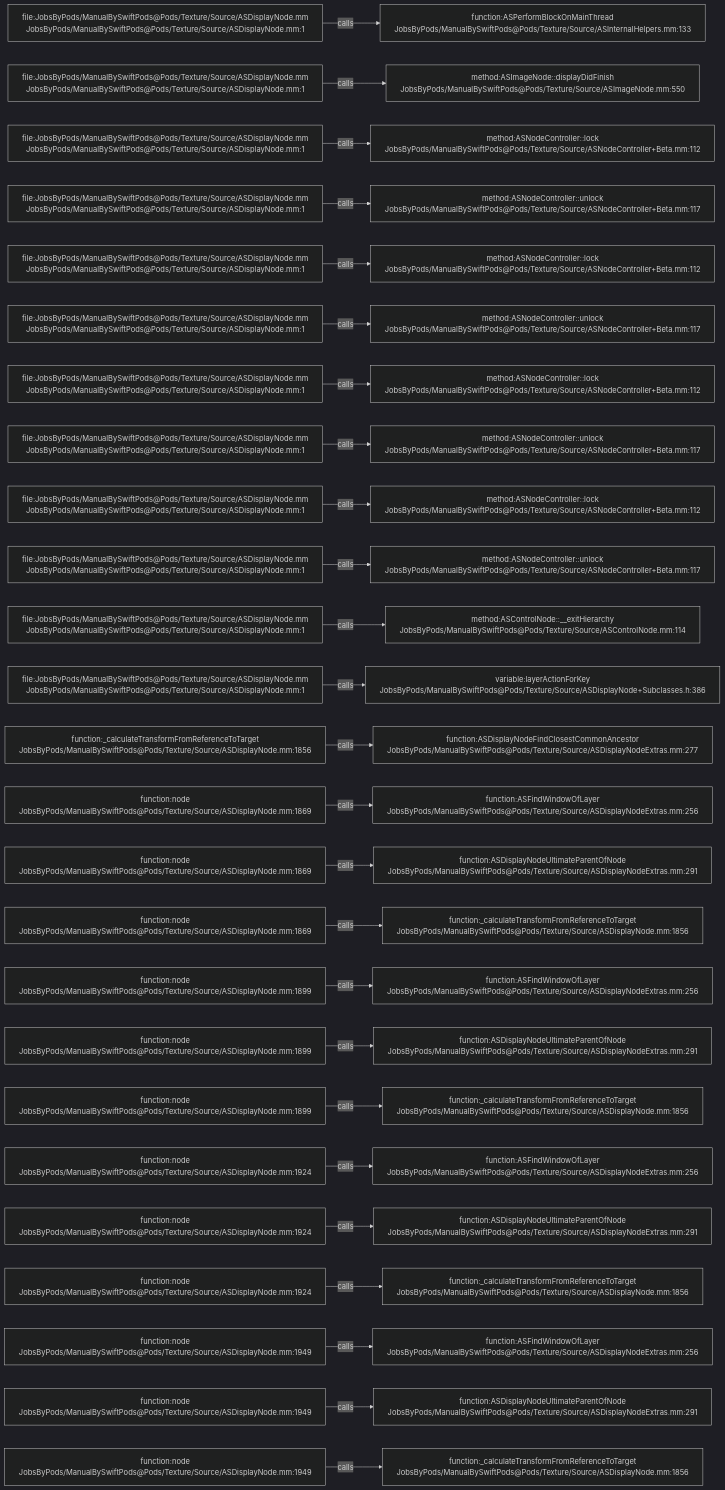
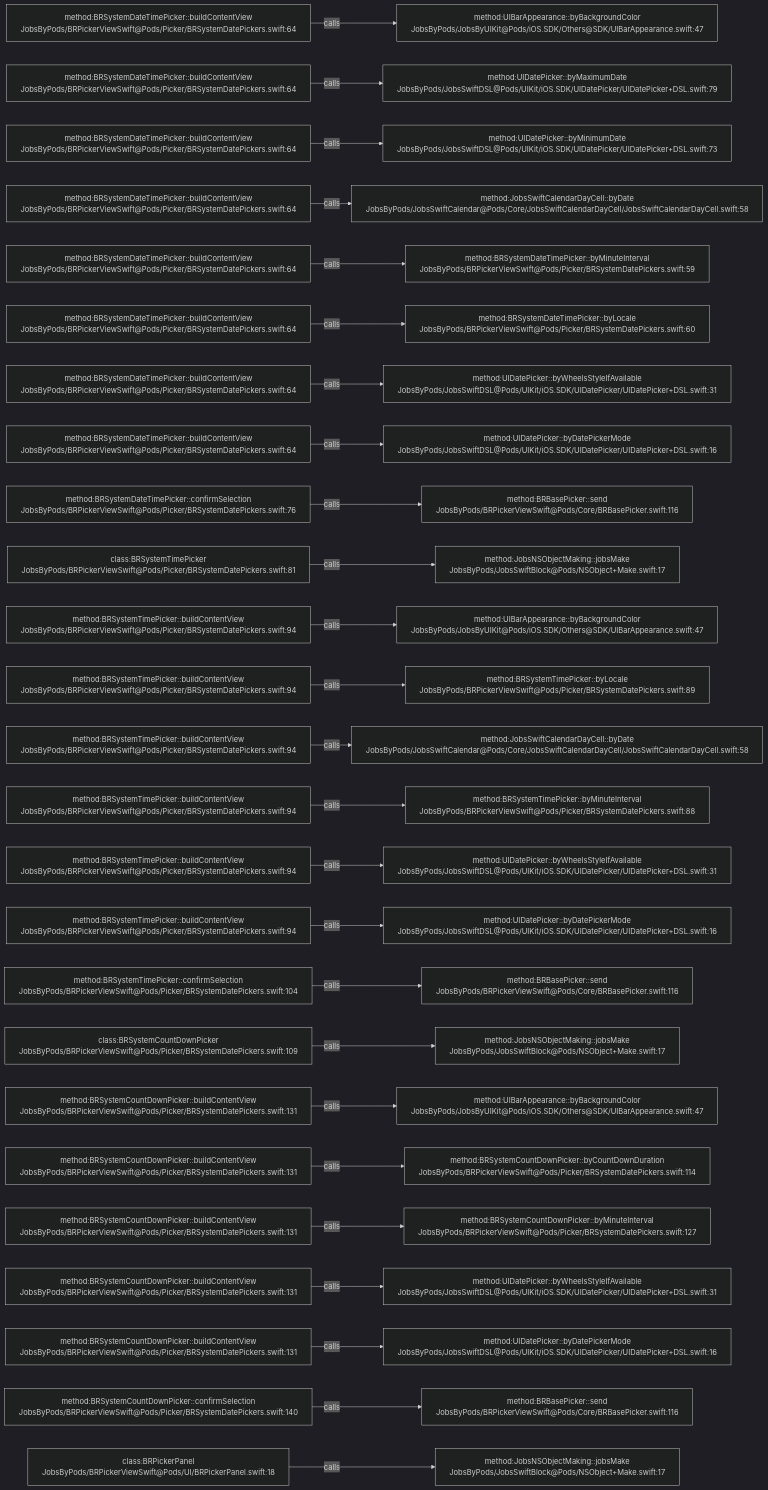
The diagram in .codegraph/codegraph.md/graphs/calls-031.md (JobsKits/JobsSwiftBaseConfigDemo), drawn with Mermaid (dark theme) before and after one commit. The commit also changed 224 other files, not shown here.

````diff
--- a/.codegraph/codegraph.md/graphs/calls-031.md
+++ b/.codegraph/codegraph.md/graphs/calls-031.md
@@ -13,78 +13,78 @@
 ```mermaid
 flowchart LR
-  S1["file:JobsByPods/ManualBySwiftPods@Pods/Texture/Source/ASDisplayNode.mm<br/>JobsByPods/ManualBySwiftPods@Pods/Texture/Source/ASDisplayNode.mm:1"]
-  T1["function:ASPerformBlockOnMainThread<br/>JobsByPods/ManualBySwiftPods@Pods/Texture/Source/ASInternalHelpers.mm:133"]
+  S1["method:BRSystemDateTimePicker::buildContentView<br/>JobsByPods/BRPickerViewSwift@Pods/Picker/BRSystemDatePickers.swift:64"]
+  T1["method:UIBarAppearance::byBackgroundColor<br/>JobsByPods/JobsByUIKit@Pods/iOS.SDK/Others@SDK/UIBarAppearance.swift:47"]
   S1 -->|calls| T1
-  S2["file:JobsByPods/ManualBySwiftPods@Pods/Texture/Source/ASDisplayNode.mm<br/>JobsByPods/ManualBySwiftPods@Pods/Texture/Source/ASDisplayNode.mm:1"]
-  T2["method:ASImageNode::displayDidFinish<br/>JobsByPods/ManualBySwiftPods@Pods/Texture/Source/ASImageNode.mm:550"]
+  S2["method:BRSystemDateTimePicker::buildContentView<br/>JobsByPods/BRPickerViewSwift@Pods/Picker/BRSystemDatePickers.swift:64"]
+  T2["method:UIDatePicker::byMaximumDate<br/>JobsByPods/JobsSwiftDSL@Pods/UIKit/iOS.SDK/UIDatePicker/UIDatePicker+DSL.swift:79"]
   S2 -->|calls| T2
-  S3["file:JobsByPods/ManualBySwiftPods@Pods/Texture/Source/ASDisplayNode.mm<br/>JobsByPods/ManualBySwiftPods@Pods/Texture/Source/ASDisplayNode.mm:1"]
-  T3["method:ASNodeController::lock<br/>JobsByPods/ManualBySwiftPods@Pods/Texture/Source/ASNodeController+Beta.mm:112"]
+  S3["method:BRSystemDateTimePicker::buildContentView<br/>JobsByPods/BRPickerViewSwift@Pods/Picker/BRSystemDatePickers.swift:64"]
+  T3["method:UIDatePicker::byMinimumDate<br/>JobsByPods/JobsSwiftDSL@Pods/UIKit/iOS.SDK/UIDatePicker/UIDatePicker+DSL.swift:73"]
   S3 -->|calls| T3
-  S4["file:JobsByPods/ManualBySwiftPods@Pods/Texture/Source/ASDisplayNode.mm<br/>JobsByPods/ManualBySwiftPods@Pods/Texture/Source/ASDisplayNode.mm:1"]
-  T4["method:ASNodeController::unlock<br/>JobsByPods/ManualBySwiftPods@Pods/Texture/Source/ASNodeController+Beta.mm:117"]
+  S4["method:BRSystemDateTimePicker::buildContentView<br/>JobsByPods/BRPickerViewSwift@Pods/Picker/BRSystemDatePickers.swift:64"]
+  T4["method:JobsSwiftCalendarDayCell::byDate<br/>JobsByPods/JobsSwiftCalendar@Pods/Core/JobsSwiftCalendarDayCell/JobsSwiftCalendarDayCell.swift:58"]
   S4 -->|calls| T4
-  S5["file:JobsByPods/ManualBySwiftPods@Pods/Texture/Source/ASDisplayNode.mm<br/>JobsByPods/ManualBySwiftPods@Pods/Texture/Source/ASDisplayNode.mm:1"]
-  T5["method:ASNodeController::lock<br/>JobsByPods/ManualBySwiftPods@Pods/Texture/Source/ASNodeController+Beta.mm:112"]
+  S5["method:BRSystemDateTimePicker::buildContentView<br/>JobsByPods/BRPickerViewSwift@Pods/Picker/BRSystemDatePickers.swift:64"]
+  T5["method:BRSystemDateTimePicker::byMinuteInterval<br/>JobsByPods/BRPickerViewSwift@Pods/Picker/BRSystemDatePickers.swift:59"]
   S5 -->|calls| T5
-  S6["file:JobsByPods/ManualBySwiftPods@Pods/Texture/Source/ASDisplayNode.mm<br/>JobsByPods/ManualBySwiftPods@Pods/Texture/Source/ASDisplayNode.mm:1"]
-  T6["method:ASNodeController::unlock<br/>JobsByPods/ManualBySwiftPods@Pods/Texture/Source/ASNodeController+Beta.mm:117"]
+  S6["method:BRSystemDateTimePicker::buildContentView<br/>JobsByPods/BRPickerViewSwift@Pods/Picker/BRSystemDatePickers.swift:64"]
+  T6["method:BRSystemDateTimePicker::byLocale<br/>JobsByPods/BRPickerViewSwift@Pods/Picker/BRSystemDatePickers.swift:60"]
   S6 -->|calls| T6
-  S7["file:JobsByPods/ManualBySwiftPods@Pods/Texture/Source/ASDisplayNode.mm<br/>JobsByPods/ManualBySwiftPods@Pods/Texture/Source/ASDisplayNode.mm:1"]
-  T7["method:ASNodeController::lock<br/>JobsByPods/ManualBySwiftPods@Pods/Texture/Source/ASNodeController+Beta.mm:112"]
+  S7["method:BRSystemDateTimePicker::buildContentView<br/>JobsByPods/BRPickerViewSwift@Pods/Picker/BRSystemDatePickers.swift:64"]
+  T7["method:UIDatePicker::byWheelsStyleIfAvailable<br/>JobsByPods/JobsSwiftDSL@Pods/UIKit/iOS.SDK/UIDatePicker/UIDatePicker+DSL.swift:31"]
   S7 -->|calls| T7
-  S8["file:JobsByPods/ManualBySwiftPods@Pods/Texture/Source/ASDisplayNode.mm<br/>JobsByPods/ManualBySwiftPods@Pods/Texture/Source/ASDisplayNode.mm:1"]
-  T8["method:ASNodeController::unlock<br/>JobsByPods/ManualBySwiftPods@Pods/Texture/Source/ASNodeController+Beta.mm:117"]
+  S8["method:BRSystemDateTimePicker::buildContentView<br/>JobsByPods/BRPickerViewSwift@Pods/Picker/BRSystemDatePickers.swift:64"]
+  T8["method:UIDatePicker::byDatePickerMode<br/>JobsByPods/JobsSwiftDSL@Pods/UIKit/iOS.SDK/UIDatePicker/UIDatePicker+DSL.swift:16"]
   S8 -->|calls| T8
-  S9["file:JobsByPods/ManualBySwiftPods@Pods/Texture/Source/ASDisplayNode.mm<br/>JobsByPods/ManualBySwiftPods@Pods/Texture/Source/ASDisplayNode.mm:1"]
-  T9["method:ASNodeController::lock<br/>JobsByPods/ManualBySwiftPods@Pods/Texture/Source/ASNodeController+Beta.mm:112"]
+  S9["method:BRSystemDateTimePicker::confirmSelection<br/>JobsByPods/BRPickerViewSwift@Pods/Picker/BRSystemDatePickers.swift:76"]
+  T9["method:BRBasePicker::send<br/>JobsByPods/BRPickerViewSwift@Pods/Core/BRBasePicker.swift:116"]
   S9 -->|calls| T9
-  S10["file:JobsByPods/ManualBySwiftPods@Pods/Texture/Source/ASDisplayNode.mm<br/>JobsByPods/ManualBySwiftPods@Pods/Texture/Source/ASDisplayNode.mm:1"]
-  T10["method:ASNodeController::unlock<br/>JobsByPods/ManualBySwiftPods@Pods/Texture/Source/ASNodeController+Beta.mm:117"]
+  S10["class:BRSystemTimePicker<br/>JobsByPods/BRPickerViewSwift@Pods/Picker/BRSystemDatePickers.swift:81"]
+  T10["method:JobsNSObjectMaking::jobsMake<br/>JobsByPods/JobsSwiftBlock@Pods/NSObject+Make.swift:17"]
   S10 -->|calls| T10
-  S11["file:JobsByPods/ManualBySwiftPods@Pods/Texture/Source/ASDisplayNode.mm<br/>JobsByPods/ManualBySwiftPods@Pods/Texture/Source/ASDisplayNode.mm:1"]
-  T11["method:ASControlNode::__exitHierarchy<br/>JobsByPods/ManualBySwiftPods@Pods/Texture/Source/ASControlNode.mm:114"]
+  S11["method:BRSystemTimePicker::buildContentView<br/>JobsByPods/BRPickerViewSwift@Pods/Picker/BRSystemDatePickers.swift:94"]
+  T11["method:UIBarAppearance::byBackgroundColor<br/>JobsByPods/JobsByUIKit@Pods/iOS.SDK/Others@SDK/UIBarAppearance.swift:47"]
   S11 -->|calls| T11
-  S12["file:JobsByPods/ManualBySwiftPods@Pods/Texture/Source/ASDisplayNode.mm<br/>JobsByPods/ManualBySwiftPods@Pods/Texture/Source/ASDisplayNode.mm:1"]
-  T12["variable:layerActionForKey<br/>JobsByPods/ManualBySwiftPods@Pods/Texture/Source/ASDisplayNode+Subclasses.h:386"]
+  S12["method:BRSystemTimePicker::buildContentView<br/>JobsByPods/BRPickerViewSwift@Pods/Picker/BRSystemDatePickers.swift:94"]
+  T12["method:BRSystemTimePicker::byLocale<br/>JobsByPods/BRPickerViewSwift@Pods/Picker/BRSystemDatePickers.swift:89"]
   S12 -->|calls| T12
-  S13["function:_calculateTransformFromReferenceToTarget<br/>JobsByPods/ManualBySwiftPods@Pods/Texture/Source/ASDisplayNode.mm:1856"]
-  T13["function:ASDisplayNodeFindClosestCommonAncestor<br/>JobsByPods/ManualBySwiftPods@Pods/Texture/Source/ASDisplayNodeExtras.mm:277"]
+  S13["method:BRSystemTimePicker::buildContentView<br/>JobsByPods/BRPickerViewSwift@Pods/Picker/BRSystemDatePickers.swift:94"]
+  T13["method:JobsSwiftCalendarDayCell::byDate<br/>JobsByPods/JobsSwiftCalendar@Pods/Core/JobsSwiftCalendarDayCell/JobsSwiftCalendarDayCell.swift:58"]
   S13 -->|calls| T13
-  S14["function:node<br/>JobsByPods/ManualBySwiftPods@Pods/Texture/Source/ASDisplayNode.mm:1869"]
-  T14["function:ASFindWindowOfLayer<br/>JobsByPods/ManualBySwiftPods@Pods/Texture/Source/ASDisplayNodeExtras.mm:256"]
+  S14["method:BRSystemTimePicker::buildContentView<br/>JobsByPods/BRPickerViewSwift@Pods/Picker/BRSystemDatePickers.swift:94"]
+  T14["method:BRSystemTimePicker::byMinuteInterval<br/>JobsByPods/BRPickerViewSwift@Pods/Picker/BRSystemDatePickers.swift:88"]
   S14 -->|calls| T14
-  S15["function:node<br/>JobsByPods/ManualBySwiftPods@Pods/Texture/Source/ASDisplayNode.mm:1869"]
-  T15["function:ASDisplayNodeUltimateParentOfNode<br/>JobsByPods/ManualBySwiftPods@Pods/Texture/Source/ASDisplayNodeExtras.mm:291"]
+  S15["method:BRSystemTimePicker::buildContentView<br/>JobsByPods/BRPickerViewSwift@Pods/Picker/BRSystemDatePickers.swift:94"]
+  T15["method:UIDatePicker::byWheelsStyleIfAvailable<br/>JobsByPods/JobsSwiftDSL@Pods/UIKit/iOS.SDK/UIDatePicker/UIDatePicker+DSL.swift:31"]
   S15 -->|calls| T15
-  S16["function:node<br/>JobsByPods/ManualBySwiftPods@Pods/Texture/Source/ASDisplayNode.mm:1869"]
-  T16["function:_calculateTransformFromReferenceToTarget<br/>JobsByPods/ManualBySwiftPods@Pods/Texture/Source/ASDisplayNode.mm:1856"]
+  S16["method:BRSystemTimePicker::buildContentView<br/>JobsByPods/BRPickerViewSwift@Pods/Picker/BRSystemDatePickers.swift:94"]
+  T16["method:UIDatePicker::byDatePickerMode<br/>JobsByPods/JobsSwiftDSL@Pods/UIKit/iOS.SDK/UIDatePicker/UIDatePicker+DSL.swift:16"]
   S16 -->|calls| T16
-  S17["function:node<br/>JobsByPods/ManualBySwiftPods@Pods/Texture/Source/ASDisplayNode.mm:1899"]
-  T17["function:ASFindWindowOfLayer<br/>JobsByPods/ManualBySwiftPods@Pods/Texture/Source/ASDisplayNodeExtras.mm:256"]
+  S17["method:BRSystemTimePicker::confirmSelection<br/>JobsByPods/BRPickerViewSwift@Pods/Picker/BRSystemDatePickers.swift:104"]
+  T17["method:BRBasePicker::send<br/>JobsByPods/BRPickerViewSwift@Pods/Core/BRBasePicker.swift:116"]
   S17 -->|calls| T17
-  S18["function:node<br/>JobsByPods/ManualBySwiftPods@Pods/Texture/Source/ASDisplayNode.mm:1899"]
-  T18["function:ASDisplayNodeUltimateParentOfNode<br/>JobsByPods/ManualBySwiftPods@Pods/Texture/Source/ASDisplayNodeExtras.mm:291"]
+  S18["class:BRSystemCountDownPicker<br/>JobsByPods/BRPickerViewSwift@Pods/Picker/BRSystemDatePickers.swift:109"]
+  T18["method:JobsNSObjectMaking::jobsMake<br/>JobsByPods/JobsSwiftBlock@Pods/NSObject+Make.swift:17"]
   S18 -->|calls| T18
-  S19["function:node<br/>JobsByPods/ManualBySwiftPods@Pods/Texture/Source/ASDisplayNode.mm:1899"]
-  T19["function:_calculateTransformFromReferenceToTarget<br/>JobsByPods/ManualBySwiftPods@Pods/Texture/Source/ASDisplayNode.mm:1856"]
+  S19["method:BRSystemCountDownPicker::buildContentView<br/>JobsByPods/BRPickerViewSwift@Pods/Picker/BRSystemDatePickers.swift:131"]
+  T19["method:UIBarAppearance::byBackgroundColor<br/>JobsByPods/JobsByUIKit@Pods/iOS.SDK/Others@SDK/UIBarAppearance.swift:47"]
   S19 -->|calls| T19
-  S20["function:node<br/>JobsByPods/ManualBySwiftPods@Pods/Texture/Source/ASDisplayNode.mm:1924"]
-  T20["function:ASFindWindowOfLayer<br/>JobsByPods/ManualBySwiftPods@Pods/Texture/Source/ASDisplayNodeExtras.mm:256"]
+  S20["method:BRSystemCountDownPicker::buildContentView<br/>JobsByPods/BRPickerViewSwift@Pods/Picker/BRSystemDatePickers.swift:131"]
+  T20["method:BRSystemCountDownPicker::byCountDownDuration<br/>JobsByPods/BRPickerViewSwift@Pods/Picker/BRSystemDatePickers.swift:114"]
   S20 -->|calls| T20
-  S21["function:node<br/>JobsByPods/ManualBySwiftPods@Pods/Texture/Source/ASDisplayNode.mm:1924"]
-  T21["function:ASDisplayNodeUltimateParentOfNode<br/>JobsByPods/ManualBySwiftPods@Pods/Texture/Source/ASDisplayNodeExtras.mm:291"]
+  S21["method:BRSystemCountDownPicker::buildContentView<br/>JobsByPods/BRPickerViewSwift@Pods/Picker/BRSystemDatePickers.swift:131"]
+  T21["method:BRSystemCountDownPicker::byMinuteInterval<br/>JobsByPods/BRPickerViewSwift@Pods/Picker/BRSystemDatePickers.swift:127"]
   S21 -->|calls| T21
-  S22["function:node<br/>JobsByPods/ManualBySwiftPods@Pods/Texture/Source/ASDisplayNode.mm:1924"]
-  T22["function:_calculateTransformFromReferenceToTarget<br/>JobsByPods/ManualBySwiftPods@Pods/Texture/Source/ASDisplayNode.mm:1856"]
+  S22["method:BRSystemCountDownPicker::buildContentView<br/>JobsByPods/BRPickerViewSwift@Pods/Picker/BRSystemDatePickers.swift:131"]
+  T22["method:UIDatePicker::byWheelsStyleIfAvailable<br/>JobsByPods/JobsSwiftDSL@Pods/UIKit/iOS.SDK/UIDatePicker/UIDatePicker+DSL.swift:31"]
   S22 -->|calls| T22
-  S23["function:node<br/>JobsByPods/ManualBySwiftPods@Pods/Texture/Source/ASDisplayNode.mm:1949"]
-  T23["function:ASFindWindowOfLayer<br/>JobsByPods/ManualBySwiftPods@Pods/Texture/Source/ASDisplayNodeExtras.mm:256"]
+  S23["method:BRSystemCountDownPicker::buildContentView<br/>JobsByPods/BRPickerViewSwift@Pods/Picker/BRSystemDatePickers.swift:131"]
+  T23["method:UIDatePicker::byDatePickerMode<br/>JobsByPods/JobsSwiftDSL@Pods/UIKit/iOS.SDK/UIDatePicker/UIDatePicker+DSL.swift:16"]
   S23 -->|calls| T23
-  S24["function:node<br/>JobsByPods/ManualBySwiftPods@Pods/Texture/Source/ASDisplayNode.mm:1949"]
-  T24["function:ASDisplayNodeUltimateParentOfNode<br/>JobsByPods/ManualBySwiftPods@Pods/Texture/Source/ASDisplayNodeExtras.mm:291"]
+  S24["method:BRSystemCountDownPicker::confirmSelection<br/>JobsByPods/BRPickerViewSwift@Pods/Picker/BRSystemDatePickers.swift:140"]
+  T24["method:BRBasePicker::send<br/>JobsByPods/BRPickerViewSwift@Pods/Core/BRBasePicker.swift:116"]
   S24 -->|calls| T24
-  S25["function:node<br/>JobsByPods/ManualBySwiftPods@Pods/Texture/Source/ASDisplayNode.mm:1949"]
-  T25["function:_calculateTransformFromReferenceToTarget<br/>JobsByPods/ManualBySwiftPods@Pods/Texture/Source/ASDisplayNode.mm:1856"]
+  S25["class:BRPickerPanel<br/>JobsByPods/BRPickerViewSwift@Pods/UI/BRPickerPanel.swift:18"]
+  T25["method:JobsNSObjectMaking::jobsMake<br/>JobsByPods/JobsSwiftBlock@Pods/NSObject+Make.swift:17"]
   S25 -->|calls| T25
 ```
````
